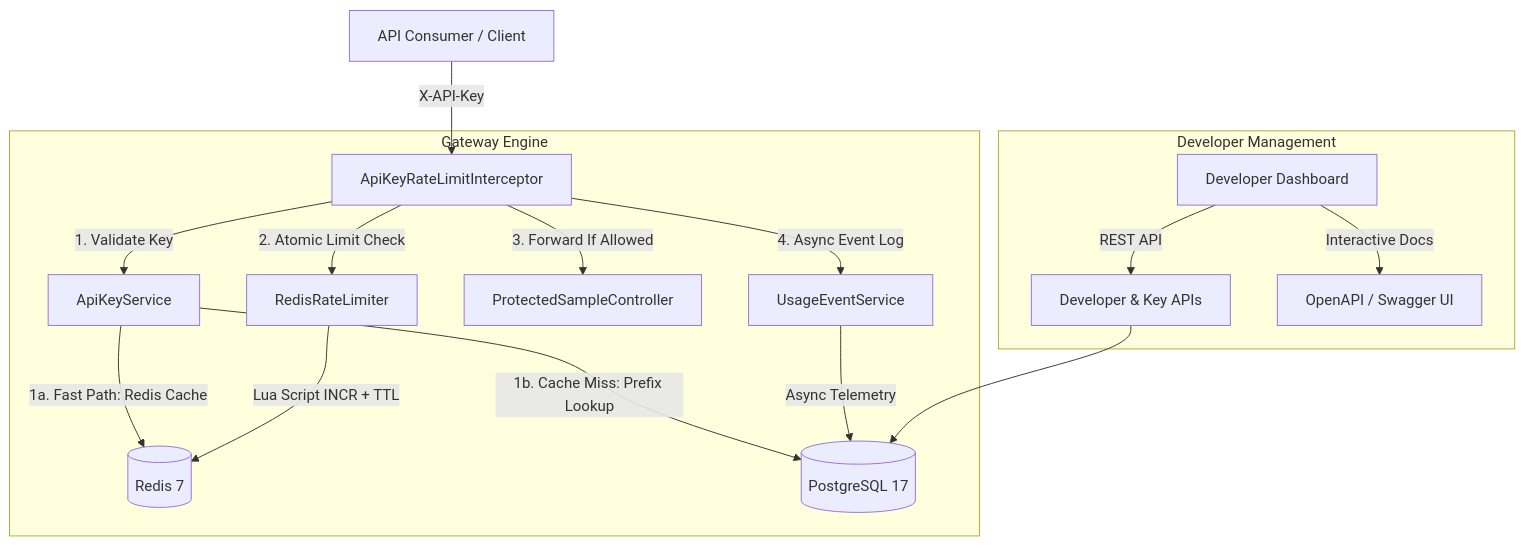
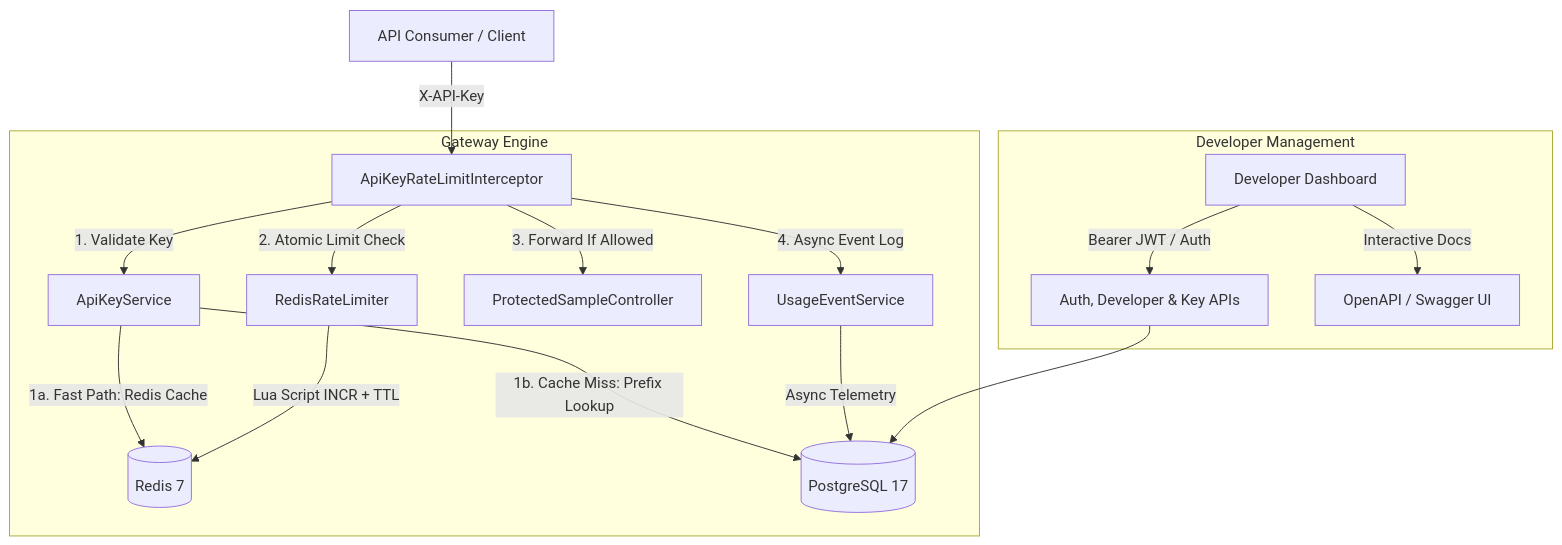
Before and after one commit to savit0r/gatekeeper: the diagram in README.md, drawn with Mermaid. The commit also changed other lines of this file and 21 other files, not shown here.

Commit message:
Implement stateless JWT authentication for developer login and dashboard APIs

````diff
--- a/README.md
+++ b/README.md
@@ -18,21 +18,21 @@
 ```mermaid
 flowchart TD
     Client[API Consumer / Client] -->|X-API-Key| Interceptor[ApiKeyRateLimitInterceptor]
     
     subgraph Gateway Engine
         Interceptor -->|1. Validate Key| KeyService[ApiKeyService]
         KeyService -->|1a. Fast Path: Redis Cache| Redis[(Redis 7)]
         KeyService -->|1b. Cache Miss: Prefix Lookup| Postgres[(PostgreSQL 17)]
         Interceptor -->|2. Atomic Limit Check| RedisLimiter[RedisRateLimiter]
         RedisLimiter -->|Lua Script INCR + TTL| Redis
         Interceptor -->|3. Forward If Allowed| SampleRoute[ProtectedSampleController]
         Interceptor -->|4. Async Event Log| UsageService[UsageEventService]
         UsageService -->|Async Telemetry| Postgres
     end
     
     subgraph Developer Management
-        Dev[Developer Dashboard] -->|REST API| DevController[Developer & Key APIs]
+        Dev[Developer Dashboard] -->|Bearer JWT / Auth| DevController[Auth, Developer & Key APIs]
         DevController --> Postgres
         Dev -->|Interactive Docs| Swagger[OpenAPI / Swagger UI]
     end
 ```
````
